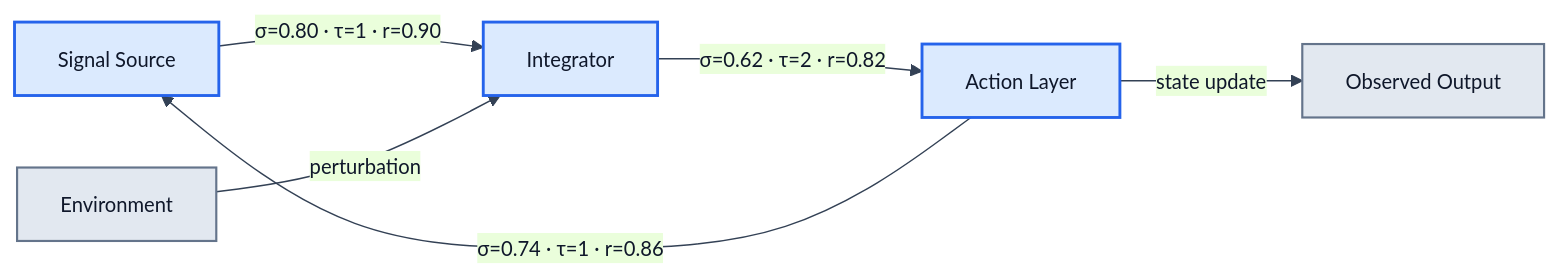
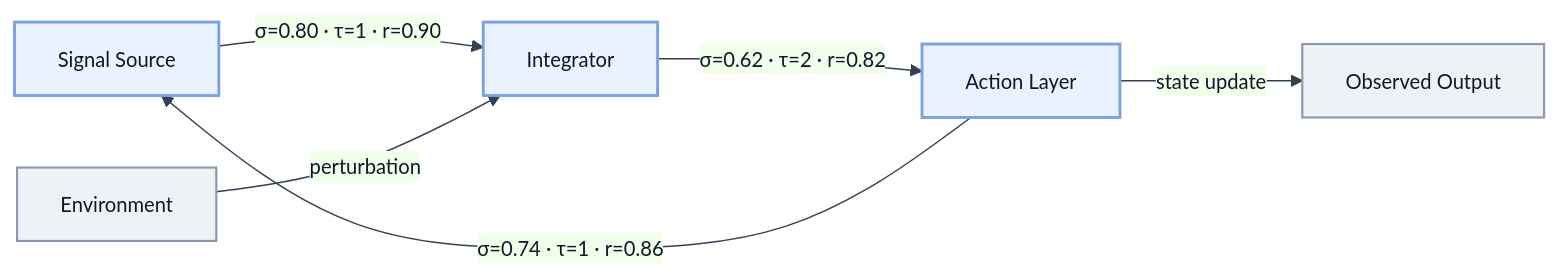
Before and after one commit to ianderrington/epiphysics: the first of 3 diagrams in docs/theory/01_5_causants.md, drawn with Mermaid. The commit also changed other lines of this file and 3 other files, not shown here.

Commit message:
improve causant diagram styling and add reading memory with resume/restart

````diff
--- a/docs/theory/01_5_causants.md
+++ b/docs/theory/01_5_causants.md
@@ -67,16 +67,16 @@
 ```mermaid
-%%{init: {'theme': 'base', 'themeVariables': { 'primaryColor': '#DBEAFE', 'primaryTextColor': '#0F172A', 'primaryBorderColor': '#2563EB', 'lineColor': '#334155', 'fontSize': '14px'}}}%%
+%%{init: {'theme': 'base', 'themeVariables': { 'primaryColor': '#EAF2FF', 'primaryTextColor': '#0F172A', 'primaryBorderColor': '#7AA2E3', 'lineColor': '#334155', 'fontSize': '14px'}}}%%
 flowchart LR
   A[Signal Source] -->|σ=0.80 · τ=1 · r=0.90| B[Integrator]
   B -->|σ=0.62 · τ=2 · r=0.82| C[Action Layer]
   C -->|σ=0.74 · τ=1 · r=0.86| A
 
   D[Environment] -->|perturbation| B
   C -->|state update| E[Observed Output]
 
-  classDef core fill:#DBEAFE,stroke:#2563EB,stroke-width:2px,color:#0F172A;
-  classDef ext fill:#E2E8F0,stroke:#64748B,stroke-width:1.5px,color:#0F172A;
+  classDef core fill:#EAF2FF,stroke:#7AA2E3,stroke-width:2px,color:#0F172A;
+  classDef ext fill:#EEF2F7,stroke:#8A99AD,stroke-width:1.5px,color:#0F172A;
 
   class A,B,C core;
   class D,E ext;
 ```
````
